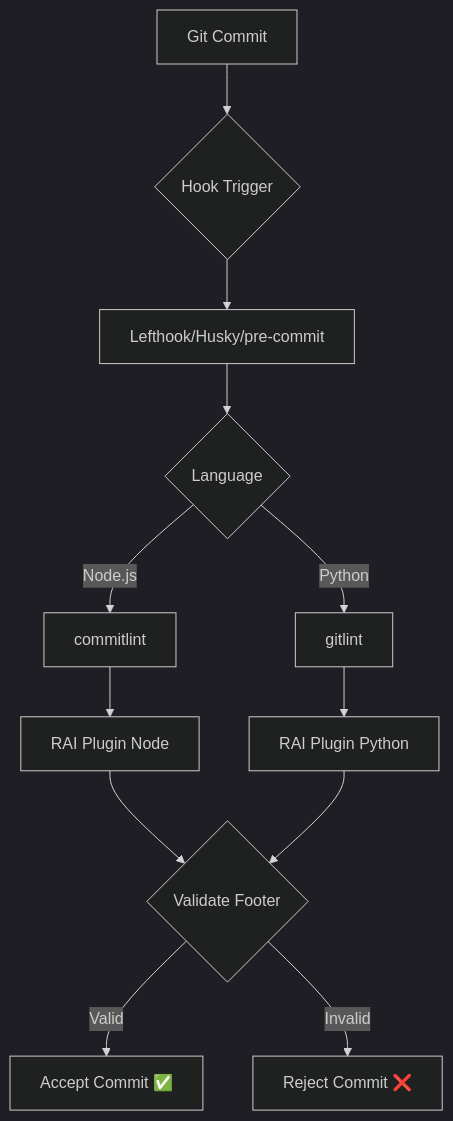
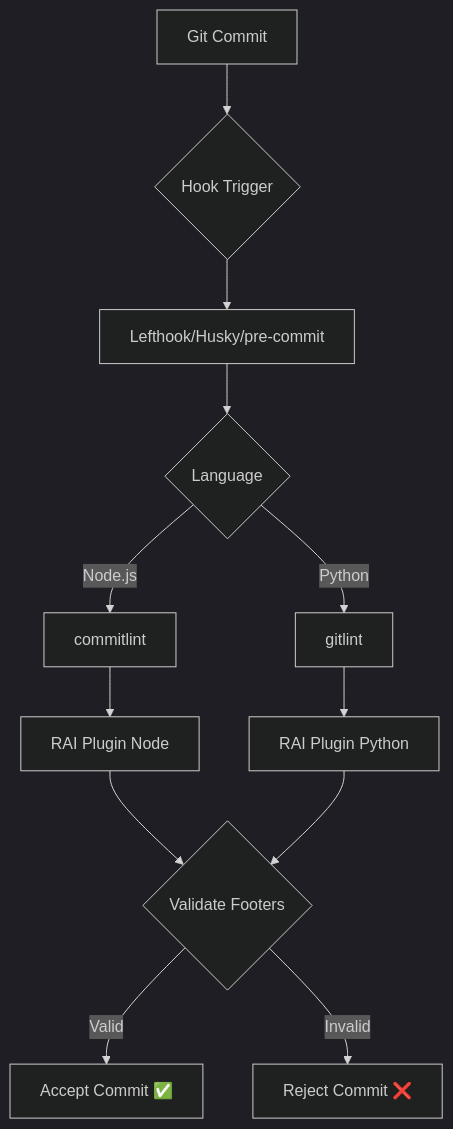
The diagram in docs/architecture.md (anchildress1/rai-lint), drawn with Mermaid before and after one commit. The commit also changed other lines of this file and 7 other files, not shown here.

````diff
--- a/docs/architecture.md
+++ b/docs/architecture.md
@@ -5,15 +5,15 @@
 ```mermaid
 %%{init: {'theme':'dark'}}%%
 flowchart TB
     A[Git Commit] --> B{Hook Trigger}
     B --> C[Lefthook/Husky/pre-commit]
     C --> D{Language}
     D -->|Node.js| E[commitlint]
     D -->|Python| F[gitlint]
     E --> G[RAI Plugin Node]
     F --> H[RAI Plugin Python]
-    G --> I{Validate Footer}
+    G --> I{Validate Footers}
     H --> I
     I -->|Valid| J[Accept Commit ✅]
     I -->|Invalid| K[Reject Commit ❌]
 ```
````
